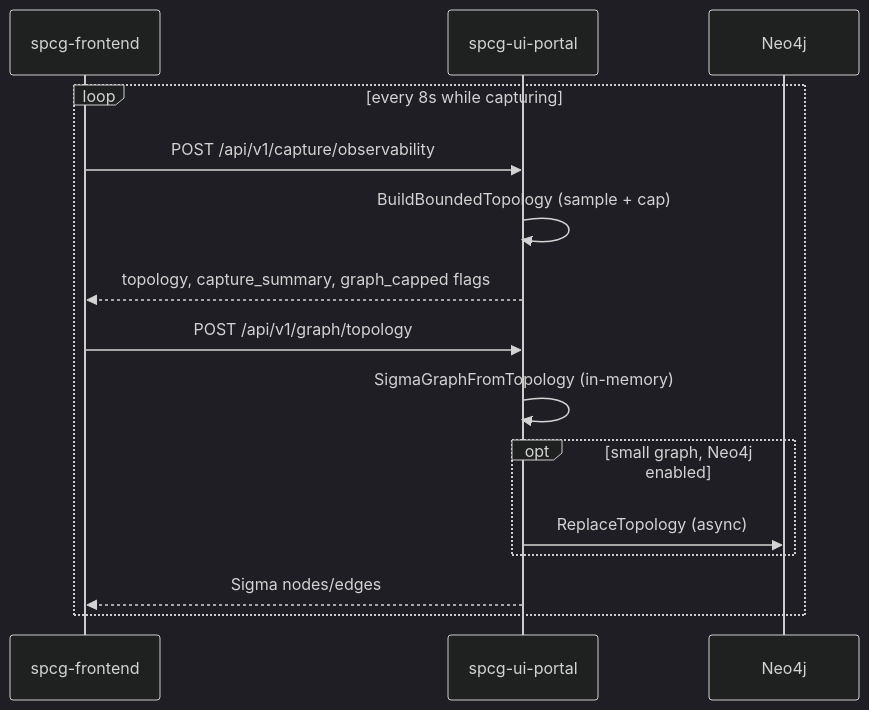
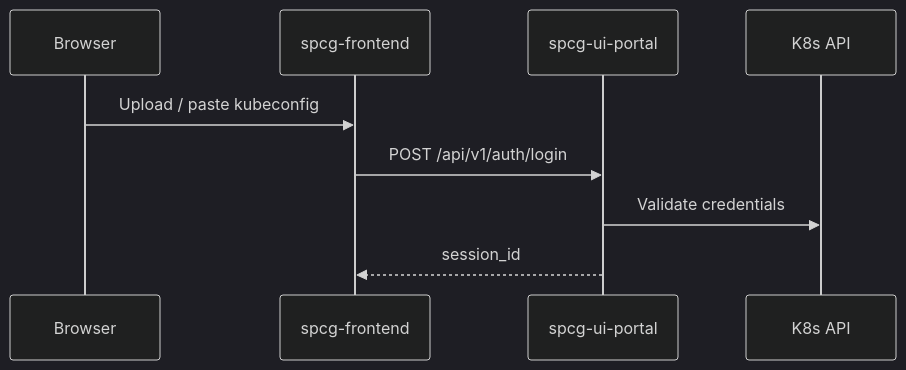
The second of 2 diagrams in docs/ARCHITECTURE.md (mothomas/netobserv-spcg), drawn with Mermaid (dark theme) before and after one commit. The commit also changed other lines of this file and 17 other files, not shown here.

````diff
--- a/docs/ARCHITECTURE.md
+++ b/docs/ARCHITECTURE.md
@@ -150,18 +84,12 @@
 ```mermaid
 sequenceDiagram
+  participant U as Browser
   participant F as spcg-frontend
   participant P as spcg-ui-portal
-  participant N as Neo4j
+  participant K as K8s API
 
-  loop every 8s while capturing
-    F->>P: POST /api/v1/capture/observability
-    P->>P: BuildBoundedTopology (sample + cap)
-    P-->>F: topology, capture_summary, graph_capped flags
-    F->>P: POST /api/v1/graph/topology
-    P->>P: SigmaGraphFromTopology (in-memory)
-    opt small graph, Neo4j enabled
-      P->>N: ReplaceTopology (async)
-    end
-    P-->>F: Sigma nodes/edges
-  end
+  U->>F: Upload / paste kubeconfig
+  F->>P: POST /api/v1/auth/login
+  P->>K: Validate credentials
+  P-->>F: session_id
 ```
````
